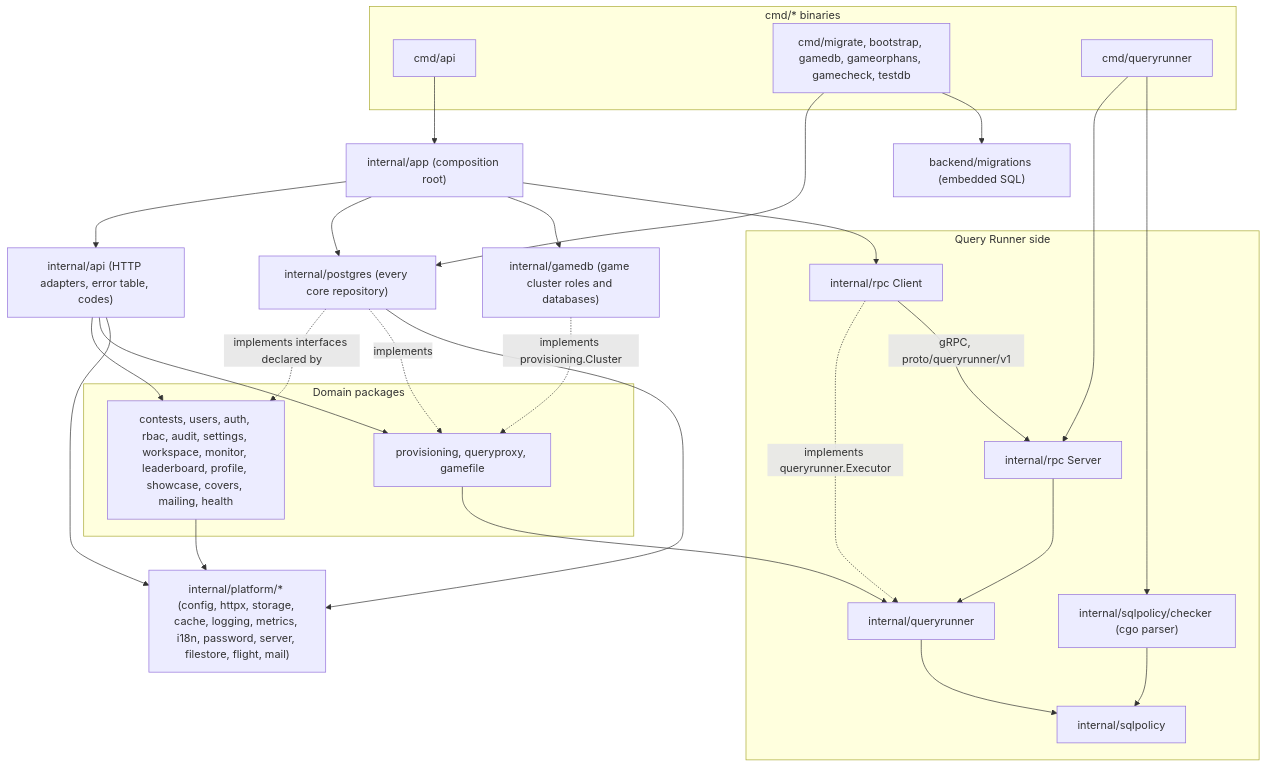
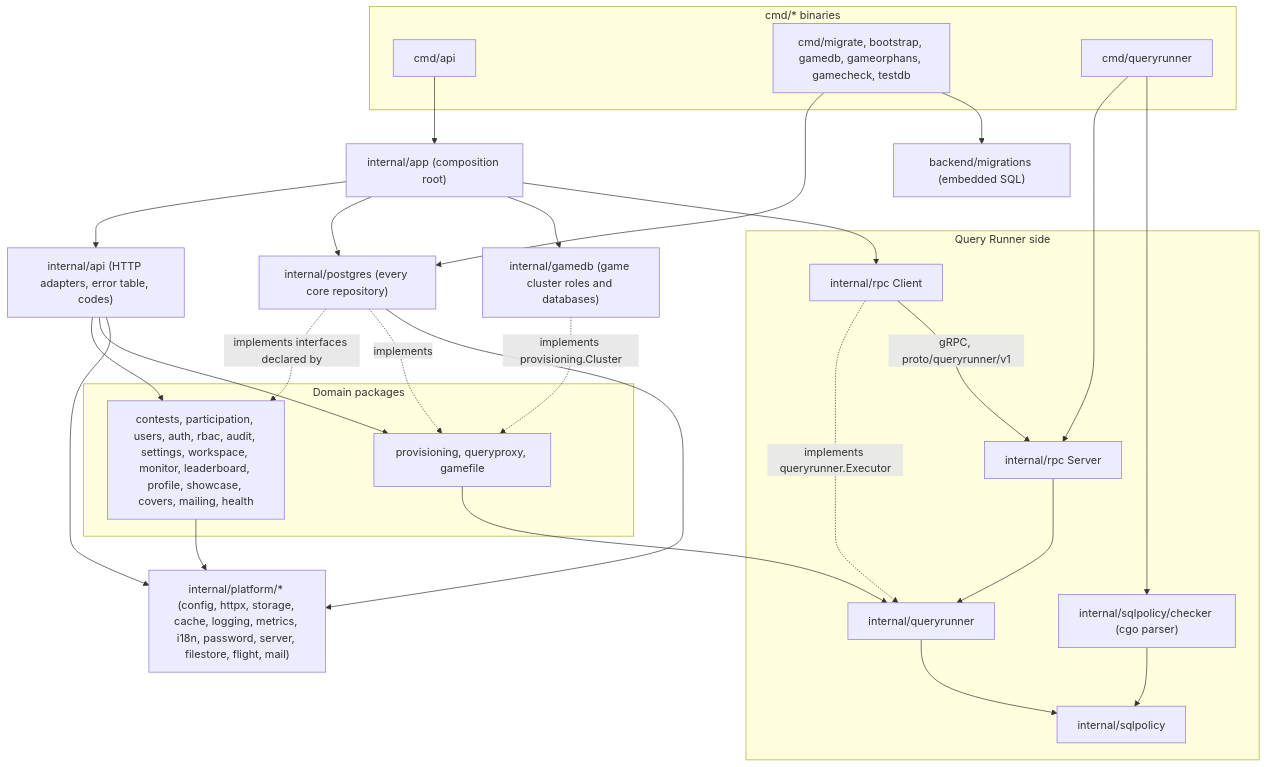
One commit to devrdn/olymp-db-platform changed the diagram in docs/guide/04-backend.md. Above: the diagram before and after it, drawn with Mermaid. The commit also changed other lines of this file and 47 other files, not shown here.

````diff
--- a/docs/guide/04-backend.md
+++ b/docs/guide/04-backend.md
@@ -38,54 +38,54 @@
 ```mermaid
 flowchart TB
   subgraph bins["cmd/* binaries"]
     cmdapi["cmd/api"]
     cmdjobs["cmd/migrate, bootstrap, gamedb, gameorphans, gamecheck, testdb"]
     cmdqr["cmd/queryrunner"]
   end
 
   app["internal/app (composition root)"]
   api["internal/api (HTTP adapters, error table, codes)"]
 
   subgraph domain["Domain packages"]
-    dom["contests, users, auth, rbac, audit, settings, workspace, monitor, leaderboard, profile, showcase, covers, mailing, health"]
+    dom["contests, participation, users, auth, rbac, audit, settings, workspace, monitor, leaderboard, profile, showcase, covers, mailing, health"]
     game["provisioning, queryproxy, gamefile"]
   end
 
   pg["internal/postgres (every core repository)"]
   gamedb["internal/gamedb (game cluster roles and databases)"]
   mig["backend/migrations (embedded SQL)"]
 
   subgraph runner["Query Runner side"]
     client["internal/rpc Client"]
     server["internal/rpc Server"]
     qr["internal/queryrunner"]
     sp["internal/sqlpolicy"]
     chk["internal/sqlpolicy/checker (cgo parser)"]
   end
 
   platform["internal/platform/* (config, httpx, storage, cache, logging, metrics, i18n, password, server, filestore, flight, mail)"]
 
   cmdapi --> app
   app --> api
   app --> pg
   app --> gamedb
   app --> client
   api --> dom
   api --> game
   pg -.->|"implements interfaces declared by"| dom
   pg -.->|"implements"| game
   gamedb -.->|"implements provisioning.Cluster"| game
   game --> qr
   client -.->|"implements queryrunner.Executor"| qr
   client -->|"gRPC, proto/queryrunner/v1"| server
   cmdqr --> server
   cmdqr --> chk
   server --> qr
   qr --> sp
   chk --> sp
   cmdjobs --> pg
   cmdjobs --> mig
   dom --> platform
   api --> platform
   pg --> platform
 ```
````
